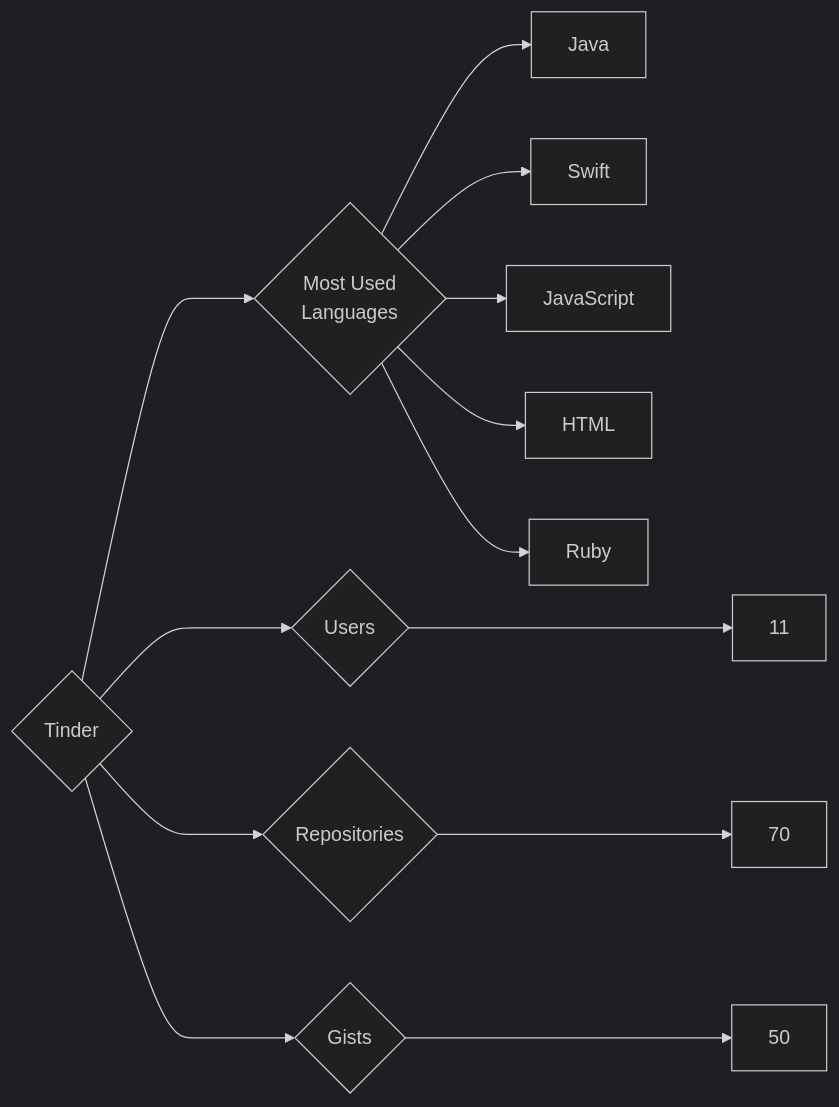
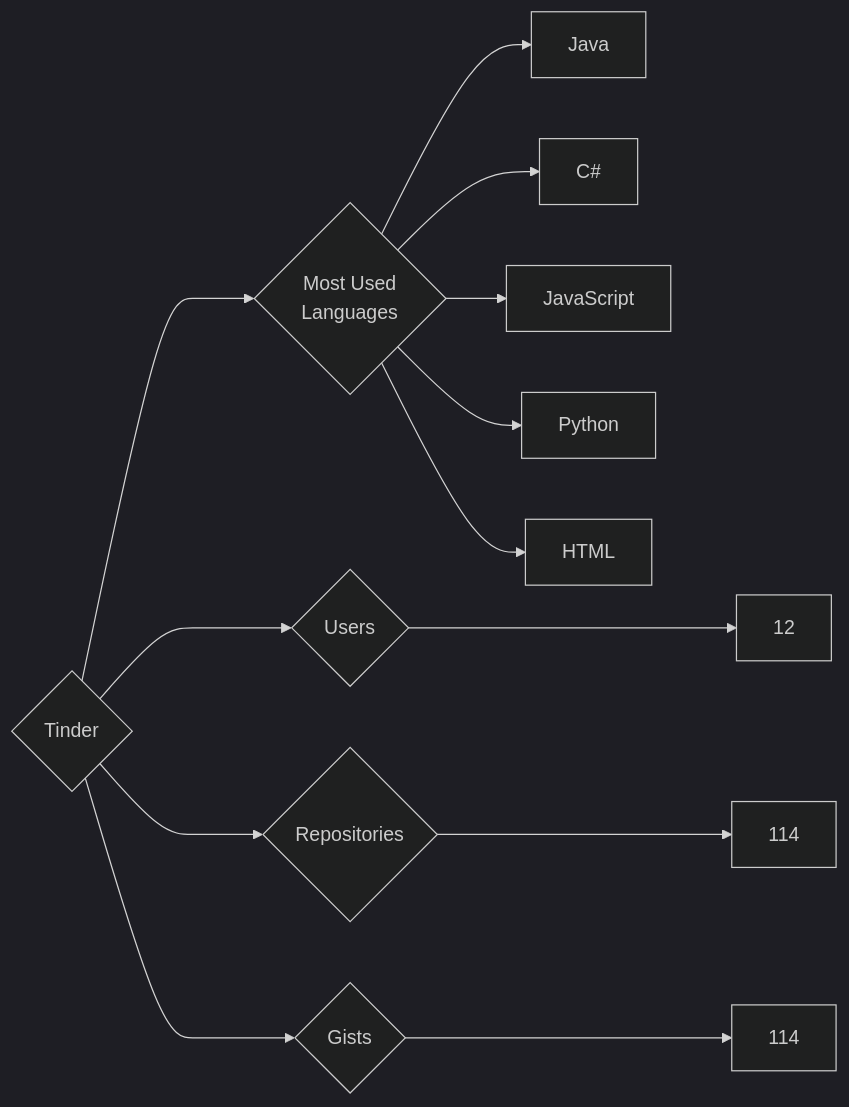
The diagram in targets/Tinder/README.md (trickest/insiders), drawn with Mermaid (dark theme) before and after one commit. The commit also changed 955 other files, not shown here.

````diff
--- a/targets/Tinder/README.md
+++ b/targets/Tinder/README.md
@@ -3,13 +3,13 @@
 ```mermaid
 graph LR
 COMPANY_NAME{Tinder}
-COMPANY_NAME ---> U{Users} ---> UN[11]
-COMPANY_NAME ---> R{Repositories} ---> RN[70]
-COMPANY_NAME ---> G{Gists} ---> GN[50]
+COMPANY_NAME ---> U{Users} ---> UN[12]
+COMPANY_NAME ---> R{Repositories} ---> RN[114]
+COMPANY_NAME ---> G{Gists} ---> GN[114]
 COMPANY_NAME ---> ML{Most Used<br>Languages}
 ML --> Java[Java]
-ML --> Swift[Swift]
+ML --> C#[C#]
 ML --> JavaScript[JavaScript]
+ML --> Python[Python]
 ML --> HTML[HTML]
-ML --> Ruby[Ruby]
 ```
````
